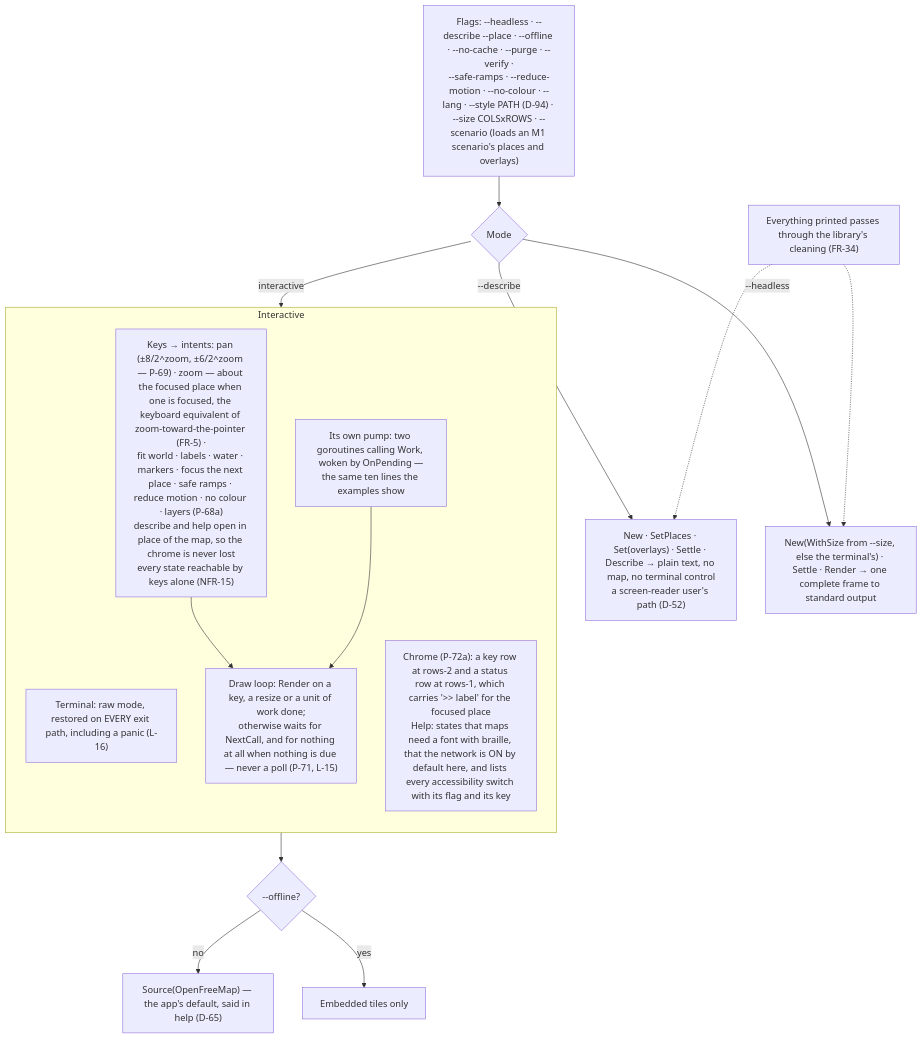
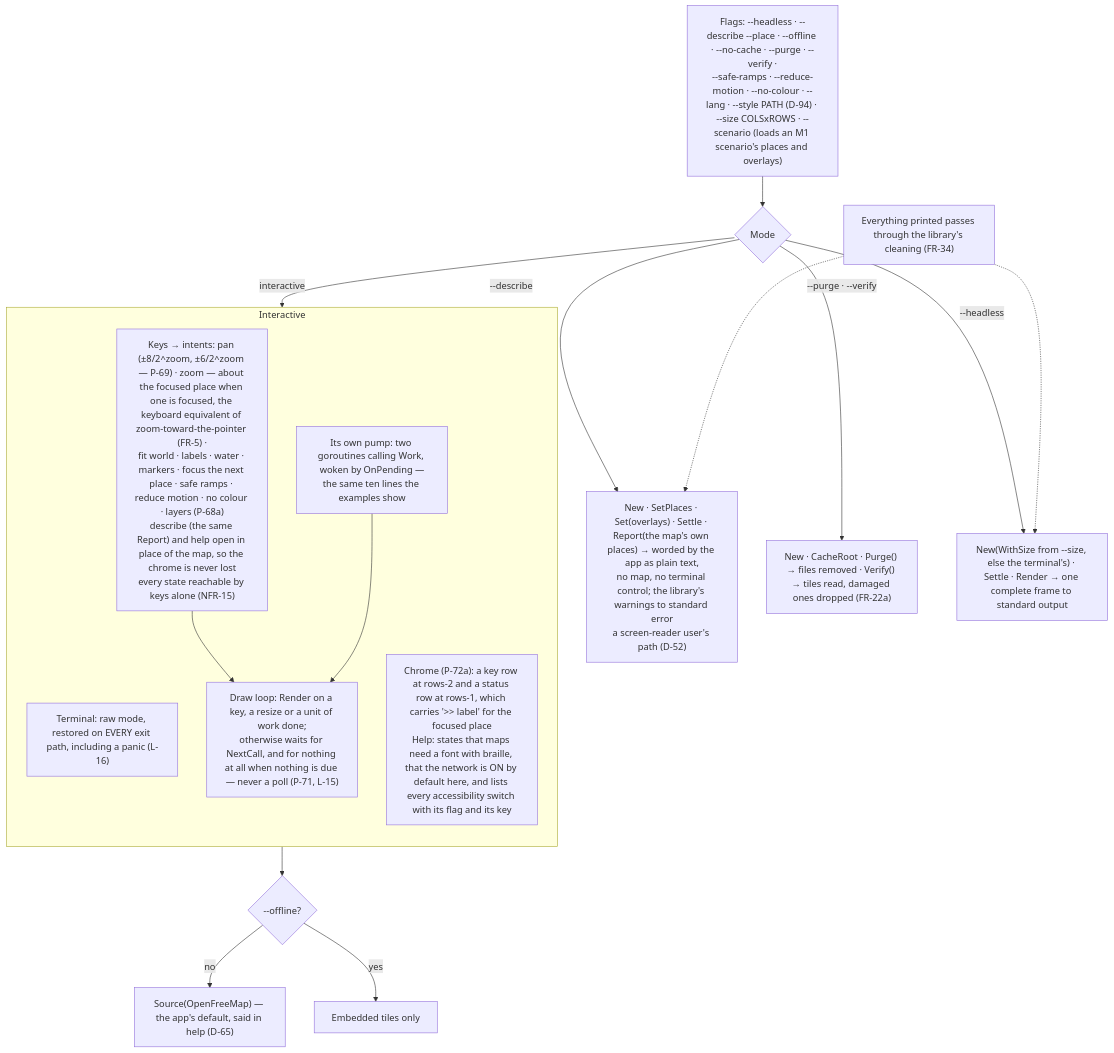
The diagram in 06_docs/02_features/go-tuimaps/03-architecture-design/L2-app.md (branden-thompson/go-tuimaps), drawn with Mermaid before and after one commit. The commit also changed other lines of this file and 20 other files, not shown here.

````diff
--- a/06_docs/02_features/go-tuimaps/03-architecture-design/L2-app.md
+++ b/06_docs/02_features/go-tuimaps/03-architecture-design/L2-app.md
@@ -7,23 +9,24 @@
 ```mermaid
 flowchart TB
     ARGS["Flags: --headless · --describe --place · --offline · --no-cache · --purge · --verify ·<br/>--safe-ramps · --reduce-motion · --no-colour · --lang · --style PATH (D-94) · --size COLSxROWS · --scenario (loads an M1 scenario's places and overlays)"] --> MODE{"Mode"}
-    MODE -- "--describe" --> D["New · SetPlaces · Set(overlays) · Settle · Describe → plain text, no map, no terminal control<br/>a screen-reader user's path (D-52)"]
+    MODE -- "--describe" --> D["New · SetPlaces · Set(overlays) · Settle · Report(the map's own places) → worded by the app as plain text,<br/>no map, no terminal control; the library's warnings to standard error<br/>a screen-reader user's path (D-52)"]
+    MODE -- "--purge · --verify" --> MNT["New · CacheRoot · Purge() → files removed · Verify() → tiles read, damaged ones dropped (FR-22a)"]
     MODE -- "--headless" --> HL["New(WithSize from --size, else the terminal's) · Settle · Render → one complete frame to standard output"]
     MODE -- "interactive" --> TUI
 
     subgraph TUI["Interactive"]
       direction TB
       TERM["Terminal: raw mode, restored on EVERY exit path, including a panic (L-16)"]
-      KEYS["Keys → intents: pan (±8/2^zoom, ±6/2^zoom — P-69) · zoom — about the focused place when one is focused, the keyboard equivalent of zoom-toward-the-pointer (FR-5) ·<br/>fit world · labels · water · markers · focus the next place · safe ramps · reduce motion · no colour · layers (P-68a)<br/>describe and help open in place of the map, so the chrome is never lost<br/>every state reachable by keys alone (NFR-15)"]
+      KEYS["Keys → intents: pan (±8/2^zoom, ±6/2^zoom — P-69) · zoom — about the focused place when one is focused, the keyboard equivalent of zoom-toward-the-pointer (FR-5) ·<br/>fit world · labels · water · markers · focus the next place · safe ramps · reduce motion · no colour · layers (P-68a)<br/>describe (the same Report) and help open in place of the map, so the chrome is never lost<br/>every state reachable by keys alone (NFR-15)"]
       LOOP["Draw loop: Render on a key, a resize or a unit of work done;<br/>otherwise waits for NextCall, and for nothing at all when nothing is due — never a poll (P-71, L-15)"]
       PUMP["Its own pump: two goroutines calling Work, woken by OnPending —<br/>the same ten lines the examples show"]
       FOOT["Chrome (P-72a): a key row at rows-2 and a status row at rows-1, which carries '>> label' for the focused place<br/>Help: states that maps need a font with braille, that the network is ON by default here, and lists every accessibility switch with its flag and its key"]
       KEYS --> LOOP
       PUMP --> LOOP
     end
     TUI --> NET{"--offline?"}
     NET -- no --> ON["Source(OpenFreeMap) — the app's default, said in help (D-65)"]
     NET -- yes --> OFF["Embedded tiles only"]
     OUTR["Everything printed passes through the library's cleaning (FR-34)"] -.-> D
     OUTR -.-> HL
 ```
````
